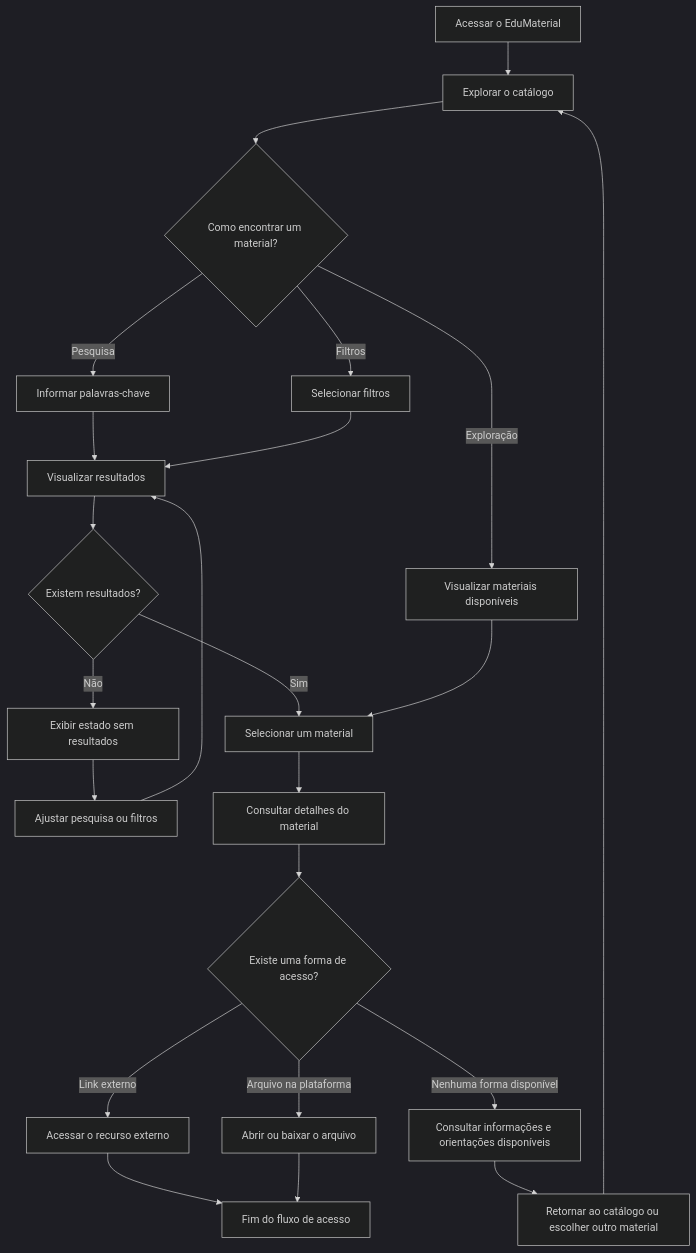
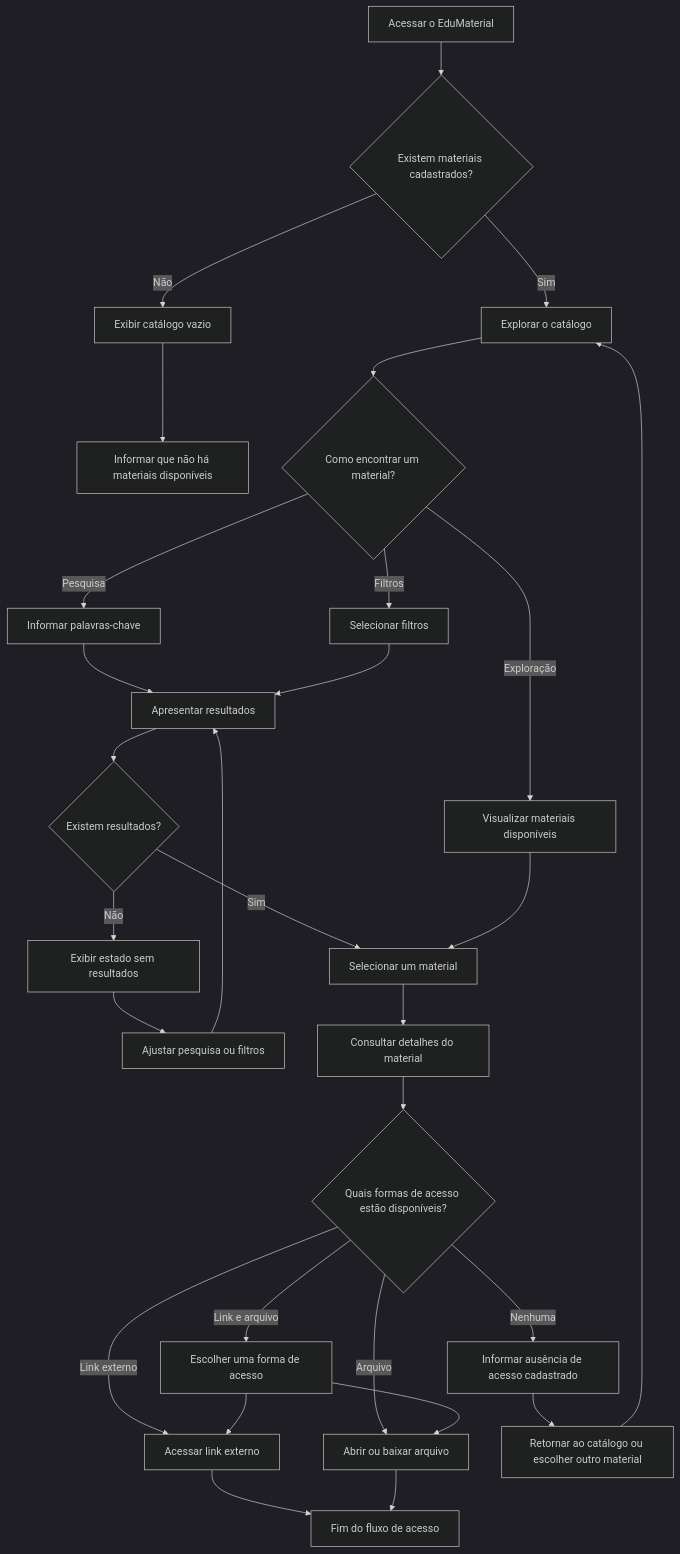
The diagram in docs/ux-ui/user-flow.md (pedroalbuqu3rque/edumaterial_1), drawn with Mermaid (dark theme) before and after one commit. The commit also changed other lines of this file, not shown here.

Commit message:
user-flow.md

````diff
--- a/docs/ux-ui/user-flow.md
+++ b/docs/ux-ui/user-flow.md
@@ -23,36 +23,44 @@
 ```mermaid
 flowchart TD
-    A[Acessar o EduMaterial] --> B[Explorar o catálogo]
+    A[Acessar o EduMaterial] --> B{Existem materiais cadastrados?}
 
-    B --> C{Como encontrar um material?}
+    B -->|Não| C[Exibir catálogo vazio]
+    C --> D[Informar que não há materiais disponíveis]
 
-    C -->|Pesquisa| D[Informar palavras-chave]
-    C -->|Filtros| E[Selecionar filtros]
-    C -->|Exploração| F[Visualizar materiais disponíveis]
+    B -->|Sim| E[Explorar o catálogo]
 
-    D --> G[Visualizar resultados]
-    E --> G
+    E --> F{Como encontrar um material?}
 
-    G --> H{Existem resultados?}
+    F -->|Pesquisa| G[Informar palavras-chave]
+    F -->|Filtros| H[Selecionar filtros]
+    F -->|Exploração| I[Visualizar materiais disponíveis]
 
-    H -->|Sim| I[Selecionar um material]
-    H -->|Não| J[Exibir estado sem resultados]
+    G --> J[Apresentar resultados]
+    H --> J
 
-    J --> K[Ajustar pesquisa ou filtros]
-    K --> G
+    J --> K{Existem resultados?}
 
-    F --> I
+    K -->|Não| L[Exibir estado sem resultados]
+    L --> M[Ajustar pesquisa ou filtros]
+    M --> J
 
-    I --> L[Consultar detalhes do material]
+    K -->|Sim| N[Selecionar um material]
+    I --> N
 
-    L --> M{Existe uma forma de acesso?}
+    N --> O[Consultar detalhes do material]
+    O --> P{Quais formas de acesso estão disponíveis?}
 
-    M -->|Link externo| N[Acessar o recurso externo]
-    M -->|Arquivo na plataforma| O[Abrir ou baixar o arquivo]
-    M -->|Nenhuma forma disponível| P[Consultar informações e orientações disponíveis]
+    P -->|Link externo| Q[Acessar link externo]
+    P -->|Arquivo| R[Abrir ou baixar arquivo]
+    P -->|Link e arquivo| S[Escolher uma forma de acesso]
+    P -->|Nenhuma| T[Informar ausência de acesso cadastrado]
 
-    N --> Q[Fim do fluxo de acesso]
-    O --> Q
-    P --> R[Retornar ao catálogo ou escolher outro material]
-    R --> B
+    S --> Q
+    S --> R
+
+    Q --> U[Fim do fluxo de acesso]
+    R --> U
+
+    T --> V[Retornar ao catálogo ou escolher outro material]
+    V --> E
 ```
````
